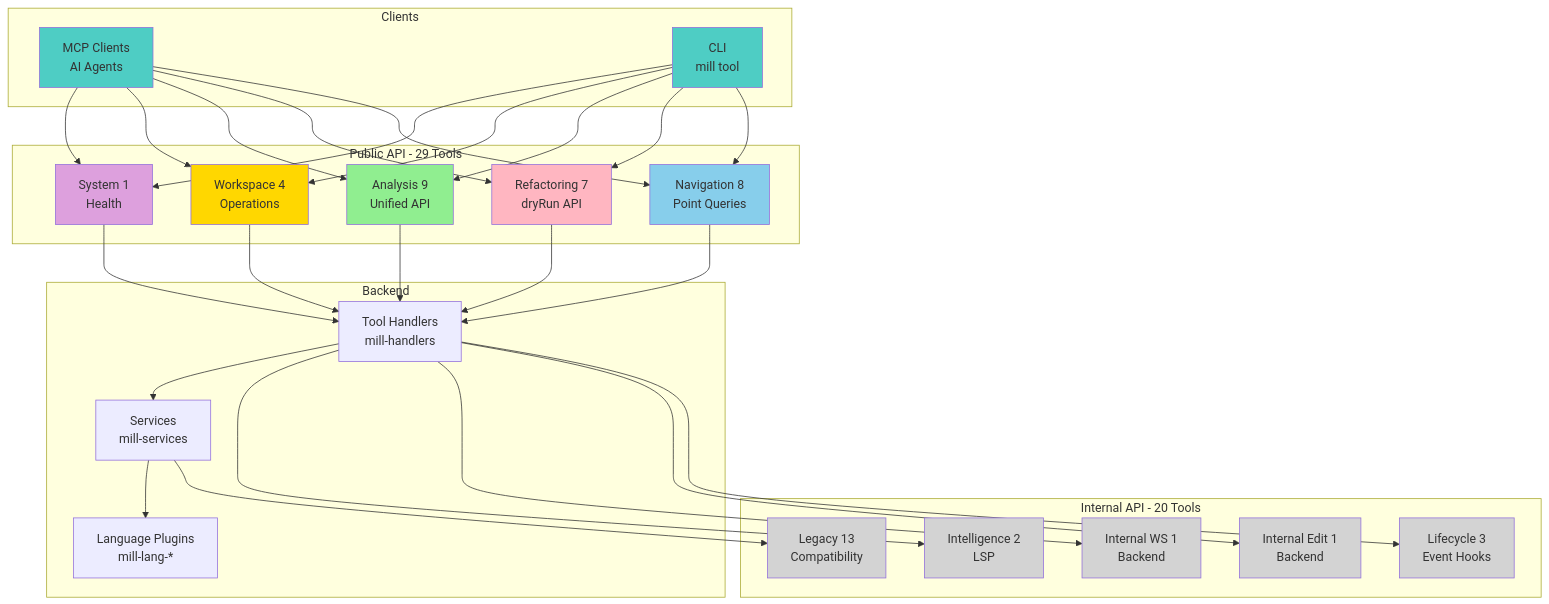
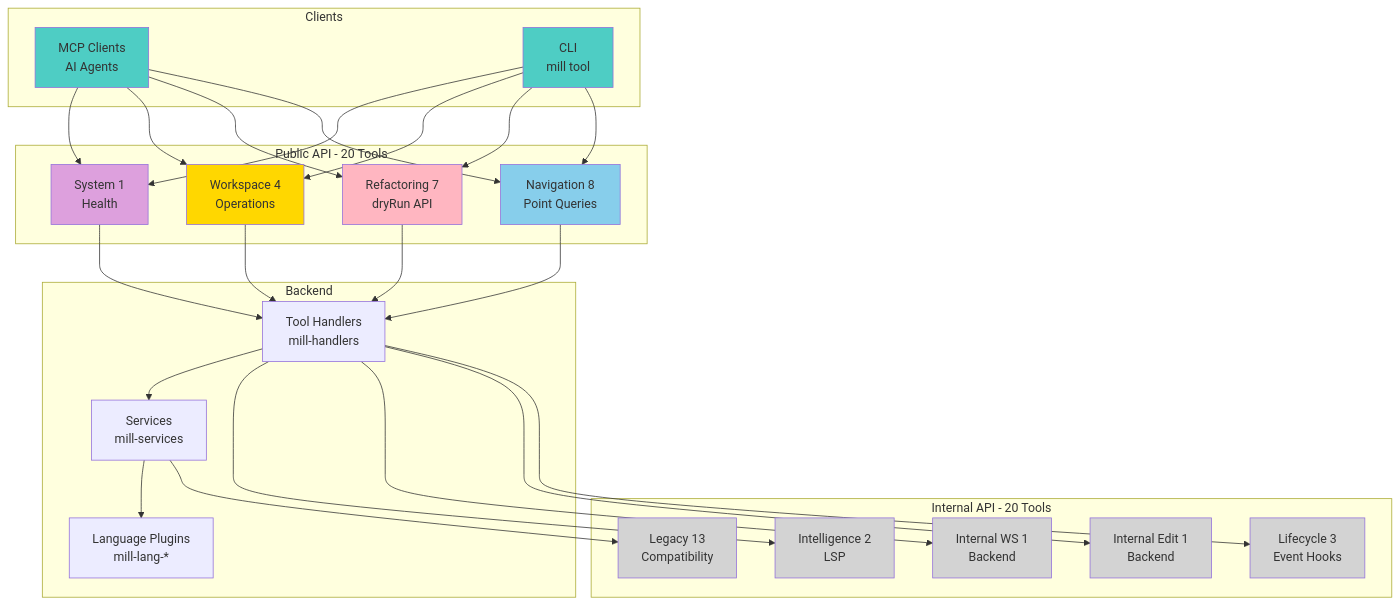
The diagram in docs/architecture/specifications.md (goobits/typemill), drawn with Mermaid before and after one commit. The commit also changed other lines of this file and 149 other files, not shown here.

````diff
--- a/docs/architecture/specifications.md
+++ b/docs/architecture/specifications.md
@@ -22,69 +21,64 @@
 ```mermaid
 graph TB
-    subgraph "Public API - 29 Tools"
+    subgraph "Public API - 20 Tools"
         Nav[Navigation 8<br/>Point Queries]
         Ref[Refactoring 7<br/>dryRun API]
-        Ana[Analysis 9<br/>Unified API]
         Work[Workspace 4<br/>Operations]
         Sys[System 1<br/>Health]
     end
 
     subgraph "Internal API - 20 Tools"
         Life[Lifecycle 3<br/>Event Hooks]
         IntEdit[Internal Edit 1<br/>Backend]
         IntWS[Internal WS 1<br/>Backend]
         IntInt[Intelligence 2<br/>LSP]
         Legacy[Legacy 13<br/>Compatibility]
     end
 
     subgraph "Clients"
         MCP[MCP Clients<br/>AI Agents]
         CLI[CLI<br/>mill tool]
     end
 
     subgraph "Backend"
         Handler[Tool Handlers<br/>mill-handlers]
         Service[Services<br/>mill-services]
         Plugin[Language Plugins<br/>mill-lang-*]
     end
 
     MCP --> Nav
     MCP --> Ref
-    MCP --> Ana
     MCP --> Work
     MCP --> Sys
 
     CLI --> Nav
     CLI --> Ref
-    CLI --> Ana
     CLI --> Work
     CLI --> Sys
 
     Handler --> Life
     Handler --> IntEdit
     Handler --> IntWS
     Handler --> IntInt
     Service --> Legacy
 
     Nav --> Handler
     Ref --> Handler
-    Ana --> Handler
     Work --> Handler
     Sys --> Handler
 
     Handler --> Service
     Service --> Plugin
 
     style Nav fill:#87CEEB
     style Ref fill:#FFB6C1
-    style Ana fill:#90EE90
     style Work fill:#FFD700
     style Sys fill:#DDA0DD
     style Life fill:#D3D3D3
     style IntEdit fill:#D3D3D3
     style IntWS fill:#D3D3D3
     style IntInt fill:#D3D3D3
     style Legacy fill:#D3D3D3
     style MCP fill:#4ECDC4
     style CLI fill:#4ECDC4
 ```
````
